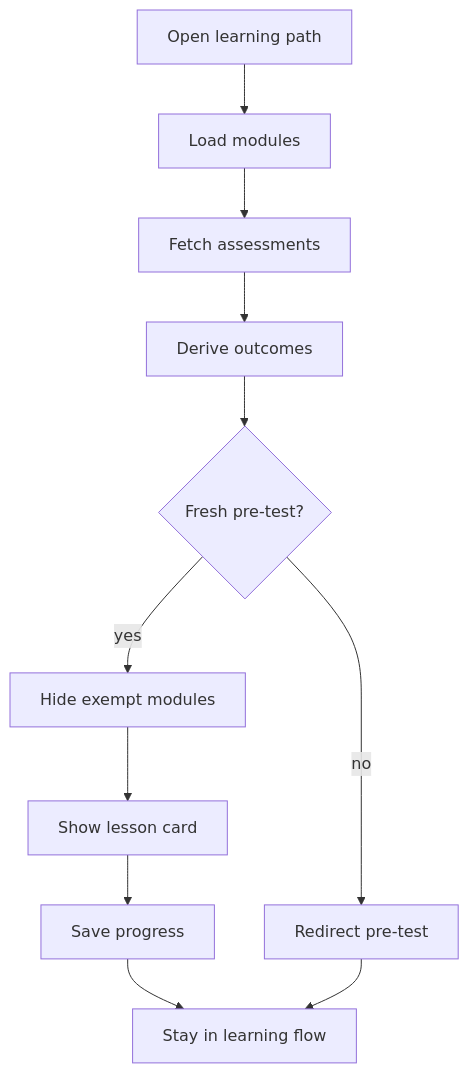
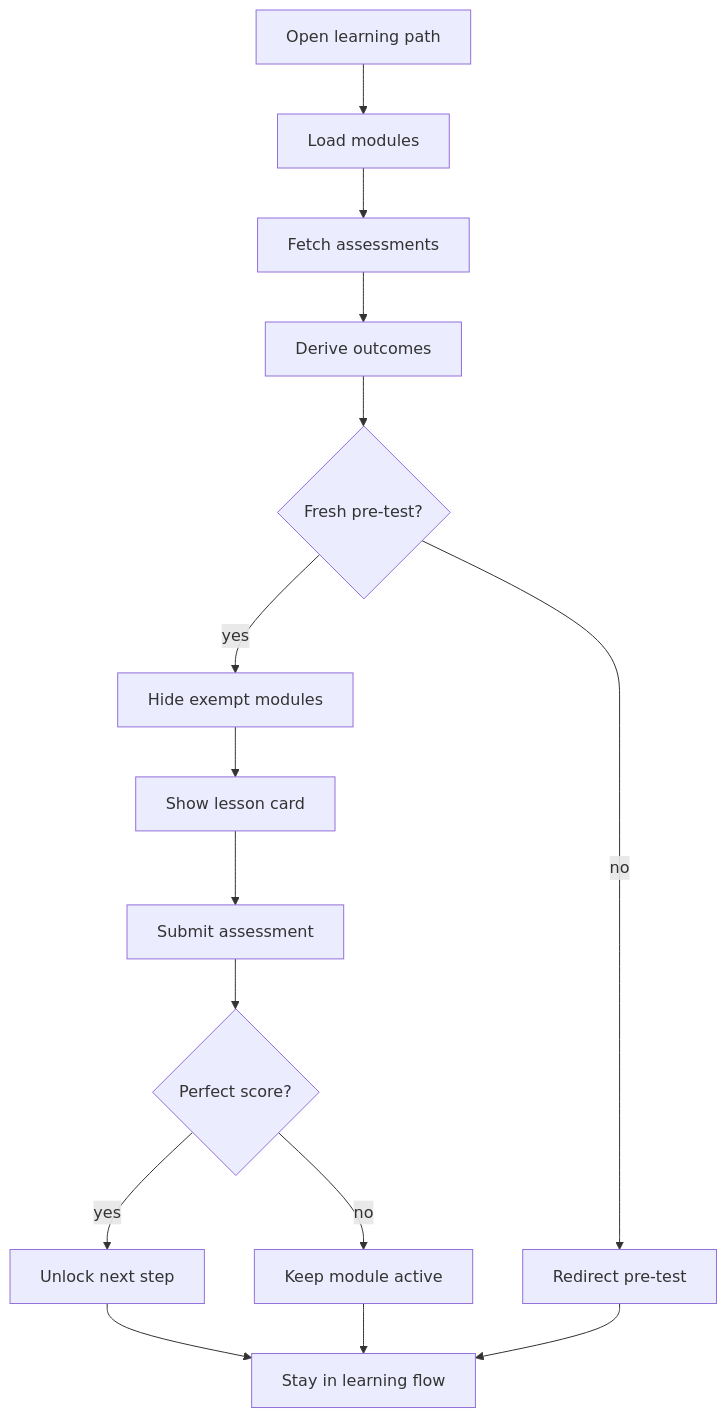
Before and after one commit to JohnAndrewBalbarosa/NeoTerritory: the diagram in docs/Codebase/Frontend/src/components/marketing/patterns/PatternsLearnPage.tsx.md, drawn with Mermaid. The commit also changed other lines of this file and 5 other files, not shown here.

````diff
--- a/docs/Codebase/Frontend/src/components/marketing/patterns/PatternsLearnPage.tsx.md
+++ b/docs/Codebase/Frontend/src/components/marketing/patterns/PatternsLearnPage.tsx.md
@@ -27,17 +27,22 @@
 ```mermaid
 flowchart TD
     Start["Open learning path"]
     N0["Load modules"]
     N1["Fetch assessments"]
     N2["Derive outcomes"]
     D0{"Fresh pre-test?"}
     N3["Hide exempt modules"]
     N4["Show lesson card"]
-    N5["Save progress"]
+    N5["Submit assessment"]
     N6["Redirect pre-test"]
+    D1{"Perfect score?"}
+    N7["Unlock next step"]
+    N8["Keep module active"]
     End["Stay in learning flow"]
     Start --> N0
     N0 --> N1 --> N2 --> D0
-    D0 -->|yes| N3 --> N4 --> N5 --> End
+    D0 -->|yes| N3 --> N4 --> N5 --> D1
+    D1 -->|yes| N7 --> End
+    D1 -->|no| N8 --> End
     D0 -->|no| N6 --> End
 ```
````
